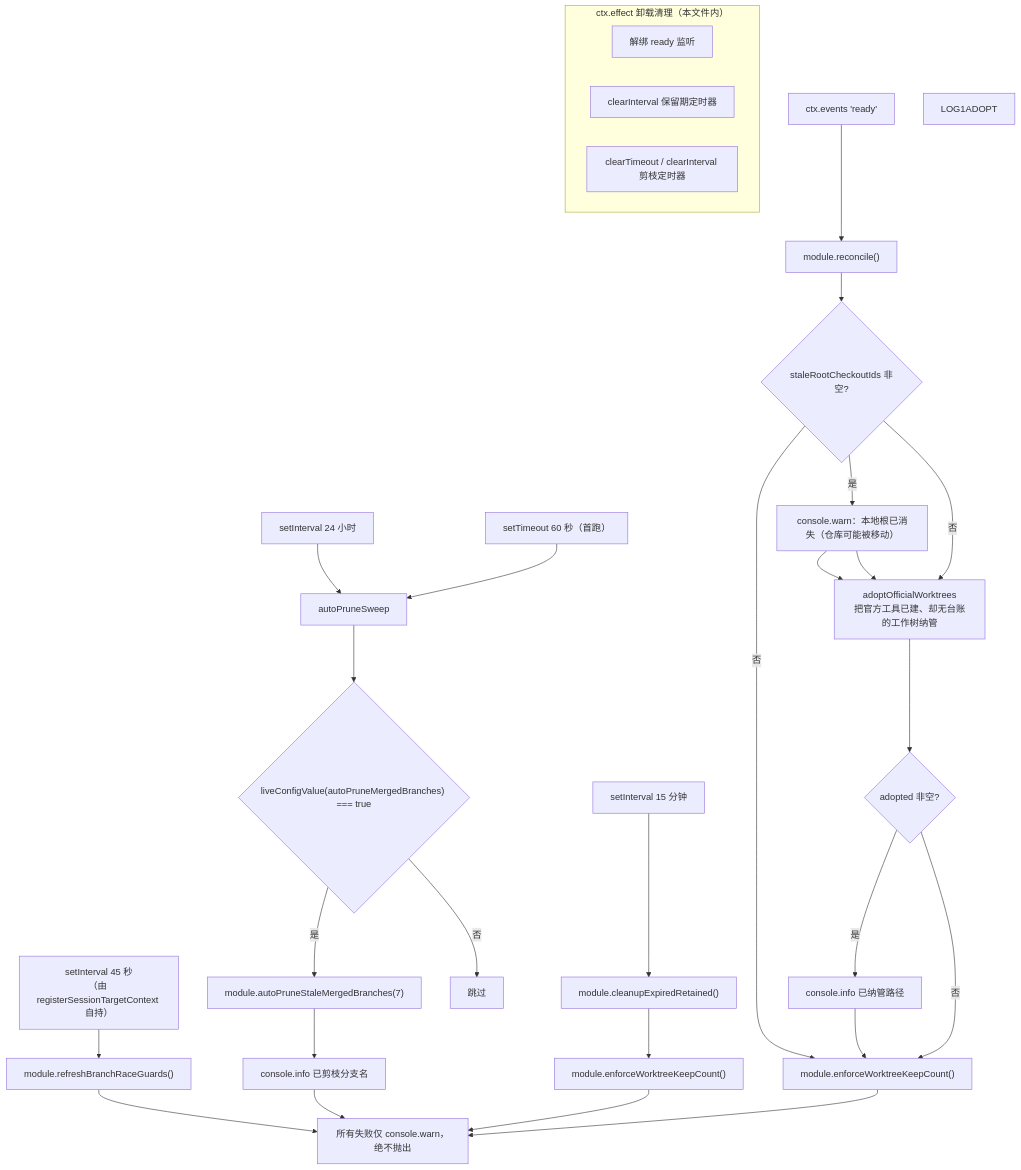
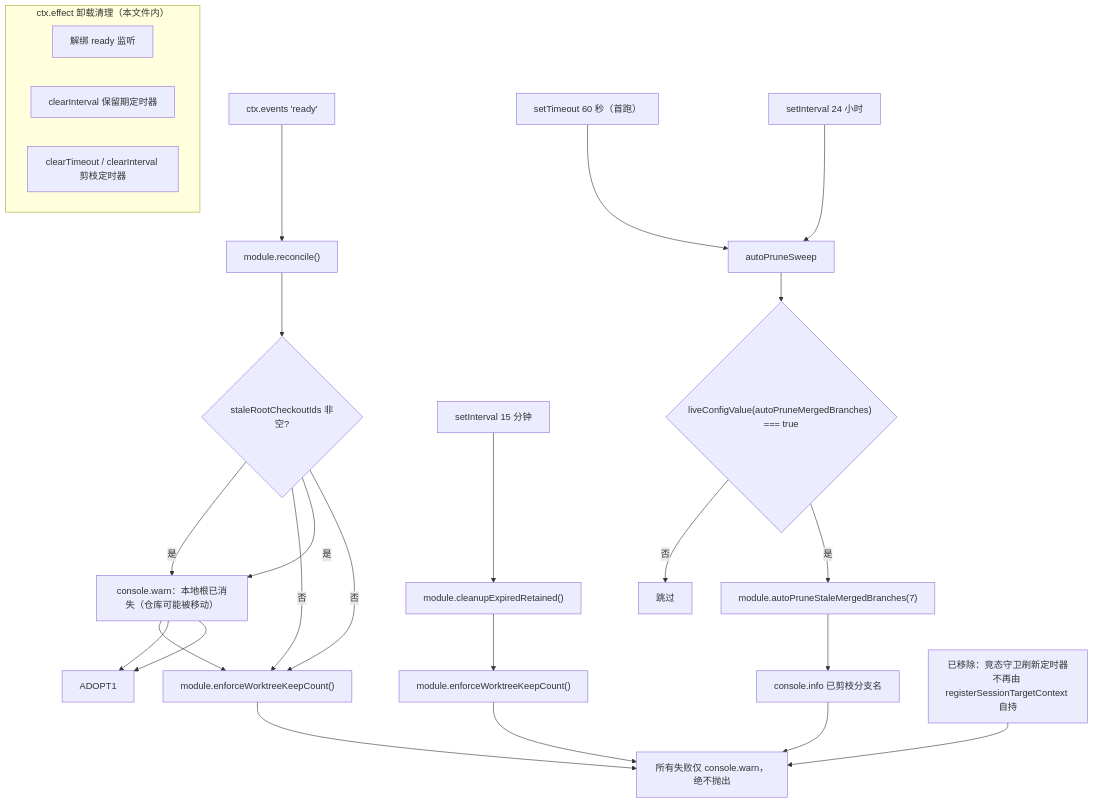
One commit to ikliml666/dsh-git-workspace changed the fourth of 7 diagrams in .codewiki/modules/src-index-ts.md. Above: the diagram before and after it, drawn with Mermaid. The commit also changed other lines of this file and 71 other files, not shown here.

````diff
--- a/.codewiki/modules/src-index-ts.md
+++ b/.codewiki/modules/src-index-ts.md
@@ -265,38 +265,41 @@
 ```mermaid
 flowchart TB
     BOOT["ctx.events 'ready'"] --> REC["module.reconcile()"]
     REC --> WARN{"staleRootCheckoutIds 非空?"}
     WARN -->|"是"| LOG1["console.warn：本地根已消失（仓库可能被移动）"]
-    WARN -->|"否"| ADOPT1["adoptOfficialWorktrees<br/>把官方工具已建、却无台账的工作树纳管"]
+    LOG1 --> KEEP1["module.enforceWorktreeKeepCount()"]
+    WARN -->|"否"| KEEP1
+    WARN -->|"是"| LOG1["console.warn：本地根已消失（仓库可能被移动）"]
+
     LOG1 --> ADOPT1
-    ADOPT1 --> ADOPTLOG{"adopted 非空?"}
-    ADOPTLOG -->|"是"| ADOPTINFO["console.info 已纳管路径"]
-    ADOPTLOG -->|"否"| KEEP1["module.enforceWorktreeKeepCount()"]
-    ADOPTINFO --> KEEP1
-    LOG1ADOPT
+
+
+
+
+
     WARN -->|"否"| KEEP1["module.enforceWorktreeKeepCount()"]
     LOG1 --> ADOPT1
 
     T1["setInterval 15 分钟"] --> EXP["module.cleanupExpiredRetained()"]
     EXP --> KEEP2["module.enforceWorktreeKeepCount()"]
 
     T2["setTimeout 60 秒（首跑）"] --> SWEEP["autoPruneSweep"]
     T3["setInterval 24 小时"] --> SWEEP
     SWEEP --> GATE{"liveConfigValue(autoPruneMergedBranches) === true"}
     GATE -->|"否"| END1["跳过"]
     GATE -->|"是"| PRUNE["module.autoPruneStaleMergedBranches(7)"]
     PRUNE --> INFO["console.info 已剪枝分支名"]
 
-    T4["setInterval 45 秒<br/>（由 registerSessionTargetContext 自持）"] --> REFRESH["module.refreshBranchRaceGuards()"]
+    T4["已移除：竞态守卫刷新定时器不再由 registerSessionTargetContext 自持"]
 
     KEEP1 --> ALL["所有失败仅 console.warn，绝不抛出"]
     KEEP2 --> ALL
     INFO --> ALL
-    REFRESH --> ALL
+    T4 --> ALL
 
     subgraph CLEAN["ctx.effect 卸载清理（本文件内）"]
       U1["解绑 ready 监听"]
       U2["clearInterval 保留期定时器"]
       U3["clearTimeout / clearInterval 剪枝定时器"]
     end
 ```
````
